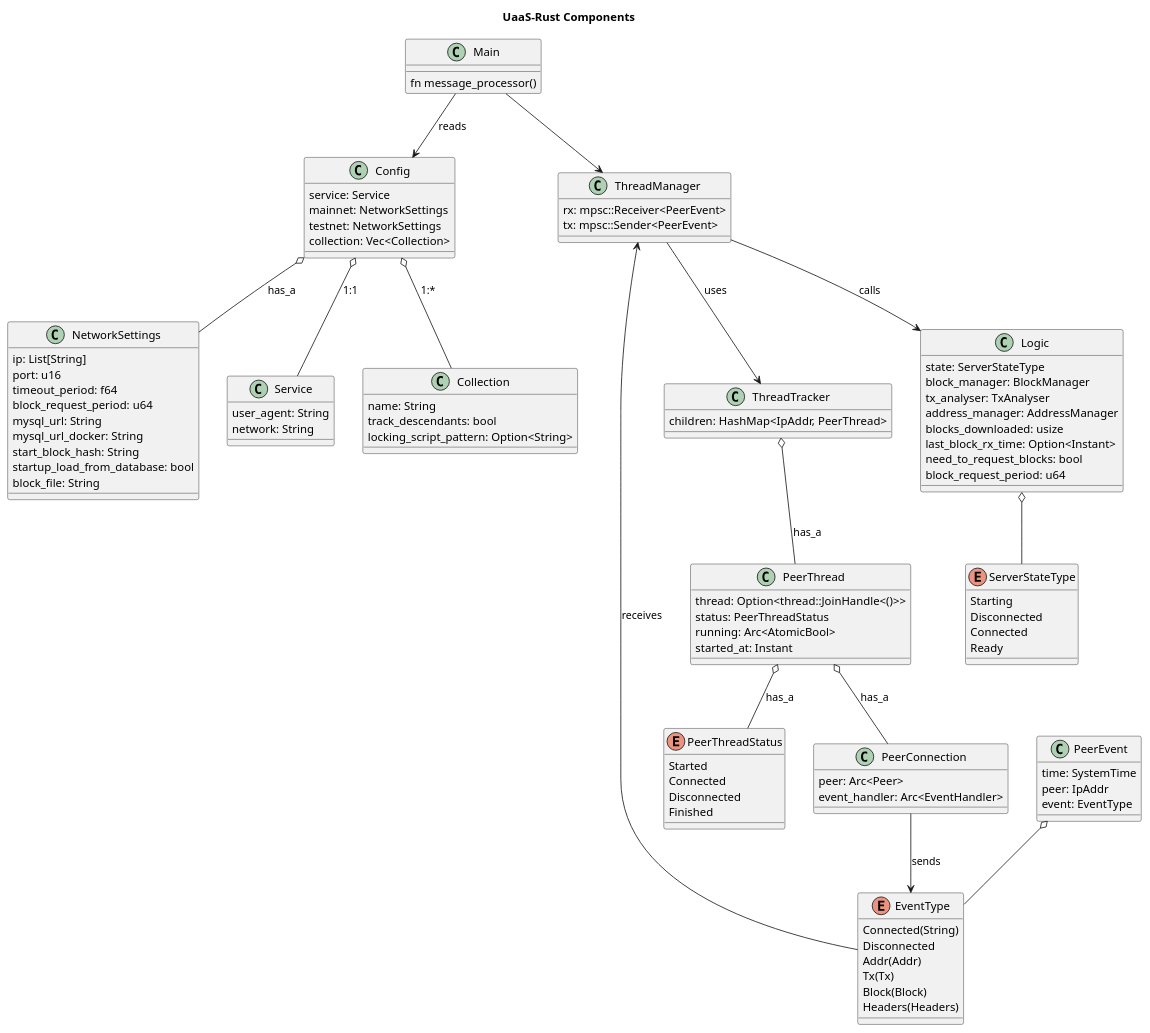
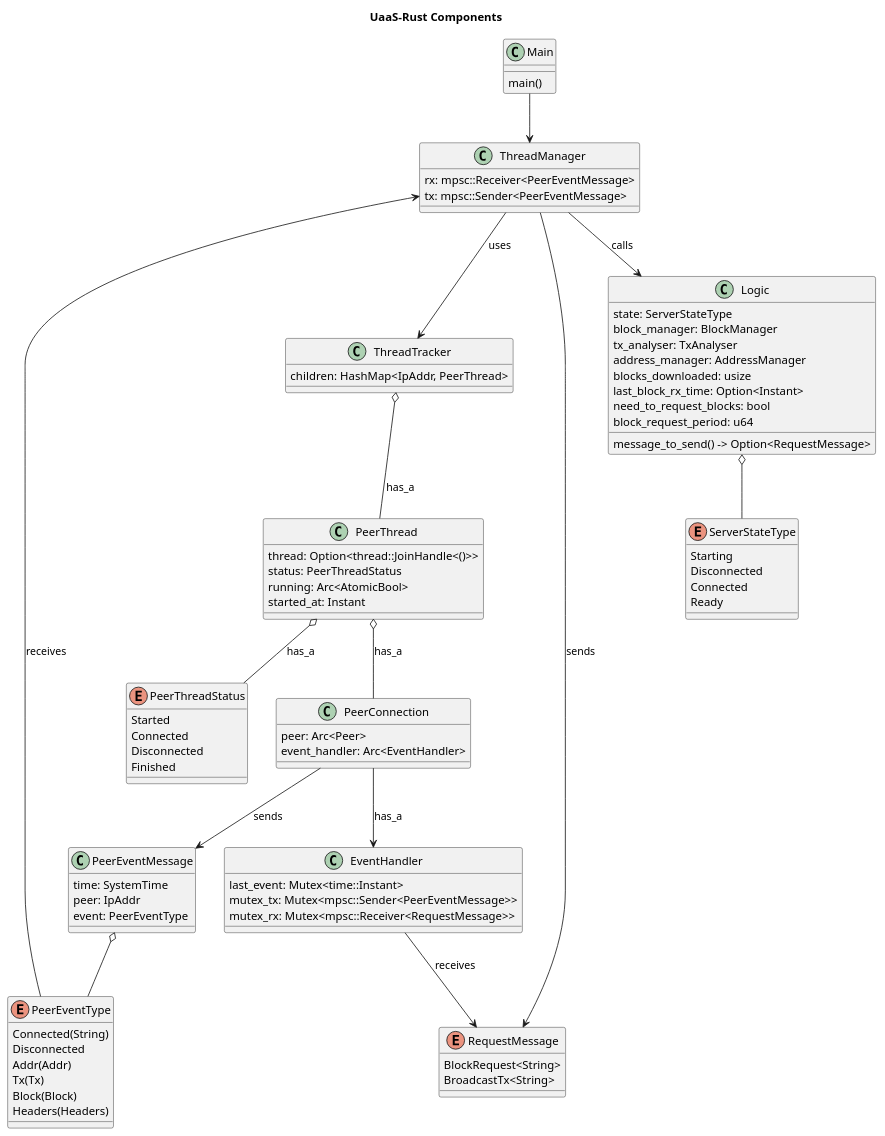
Before and after one commit to nchain-innovation/utxo-as-a-service: the diagram in docs/diagrams/service_structure.puml, drawn with PlantUML. The commit also changed 26 other files, not shown here.

```diff
--- a/docs/diagrams/service_structure.puml
+++ b/docs/diagrams/service_structure.puml
@@ -1,130 +1,108 @@
 @startuml
 title UaaS-Rust Components
 
 top to bottom direction
 
 class Main {
-    fn message_processor()
+    main()
 }
-
-class NetworkSettings {
-    ip: List[String]
-    port: u16
-    timeout_period: f64
-    block_request_period: u64
-    mysql_url: String
-    mysql_url_docker: String
-    start_block_hash: String
-    startup_load_from_database: bool
-    block_file: String
-}
-
-class Service {
-    user_agent: String
-    network: String
-}
-
-class Collection {
-    name: String
-    track_descendants: bool
-    locking_script_pattern: Option<String>
-}
-
-
-class Config {
-    service: Service
-    mainnet: NetworkSettings
-    testnet: NetworkSettings
-    collection: Vec<Collection>
-}
-
-Config o-- Service: 1:1
-Config o-- NetworkSettings: has_a
-Config o-- Collection: 1:*
-
-Main --> Config: reads
-
 enum PeerThreadStatus {
     Started
     Connected
     Disconnected
     Finished
 }
 
-enum EventType {
+enum PeerEventType {
     {field} Connected(String)
     Disconnected
     {field} Addr(Addr)
     {field} Tx(Tx)
     {field} Block(Block)
     {field} Headers(Headers)
 }
 
-
-
-class PeerEvent {
+class PeerEventMessage {
     time: SystemTime
     peer: IpAddr
-    event: EventType
+    event: PeerEventType
 }
 
 
-PeerEvent o-- EventType
+PeerEventMessage o-- PeerEventType
 
 
 class PeerThread {
     {field} thread: Option<thread::JoinHandle<()>>
     status: PeerThreadStatus
     running: Arc<AtomicBool>
     started_at: Instant
 }
 
 class ThreadTracker {
     children: HashMap<IpAddr, PeerThread>
 }
 ThreadTracker o-- PeerThread: has_a
 PeerThread o-- PeerThreadStatus: has_a
 
 
 class ThreadManager {
-    rx: mpsc::Receiver<PeerEvent>
-    tx: mpsc::Sender<PeerEvent>
+    rx: mpsc::Receiver<PeerEventMessage>
+    tx: mpsc::Sender<PeerEventMessage>
 }
 
 ThreadManager --> ThreadTracker :uses
 Main --> ThreadManager
+
+enum RequestMessage {
+    BlockRequest<String>
+    BroadcastTx<String>
+}
+
+class EventHandler {
+    last_event: Mutex<time::Instant>
+    mutex_tx: Mutex<mpsc::Sender<PeerEventMessage>>
+    mutex_rx: Mutex<mpsc::Receiver<RequestMessage>>
+}
+
+EventHandler --> RequestMessage: receives
 
 class PeerConnection {
     peer: Arc<Peer>
     event_handler: Arc<EventHandler>
 }
 
 PeerThread o-- PeerConnection : has_a
 
-PeerConnection --> EventType: sends
-EventType --> ThreadManager: receives
+PeerConnection --> PeerEventMessage: sends
+PeerConnection --> EventHandler: has_a
+PeerEventType --> ThreadManager: receives
+
+
 
 
 enum ServerStateType {
     Starting
     Disconnected
     Connected
     Ready
 }
 
 class Logic {
     state: ServerStateType
     block_manager: BlockManager
     tx_analyser: TxAnalyser
     address_manager: AddressManager
     blocks_downloaded: usize
     last_block_rx_time: Option<Instant>
     need_to_request_blocks: bool
     block_request_period: u64
+    message_to_send() -> Option<RequestMessage>
+
 }
 ThreadManager --> Logic : calls
 
 Logic o-- ServerStateType
-
+ThreadManager --> RequestMessage: sends
 
 @enduml
```
